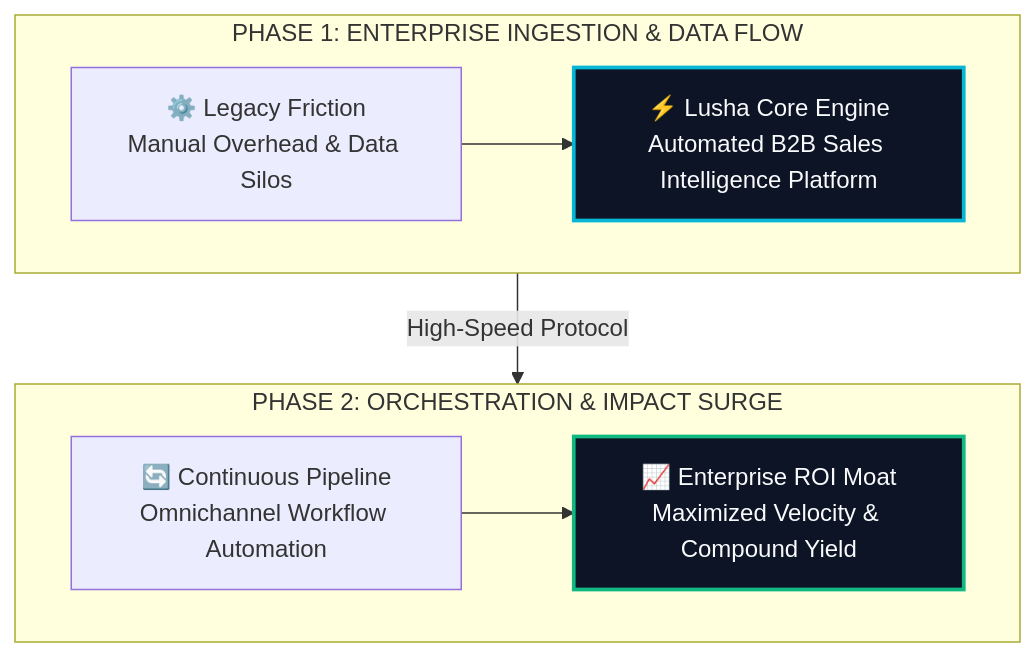
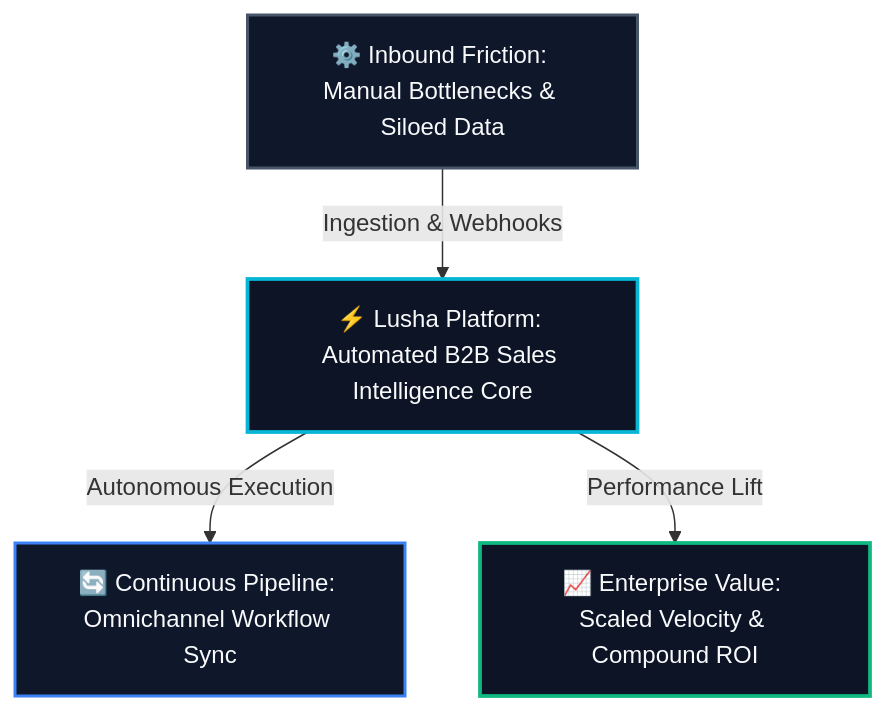
Before and after one commit to heliatech-media/saas-radar: the diagram in site/src/content/blog/lusha-evolution-guide-2026.md, drawn with Mermaid. The commit also changed 93 other files, not shown here.

First line of the commit message:
fix(diagrams): resolve dagre-d3 subgraph collision by migrating to balanced 3-tier Hub & Spoke architecture

````diff
--- a/site/src/content/blog/lusha-evolution-guide-2026.md
+++ b/site/src/content/blog/lusha-evolution-guide-2026.md
@@ -64,14 +64,14 @@
 ```mermaid
 flowchart TD
-    subgraph S1["PHASE 1: ENTERPRISE INGESTION & DATA FLOW"]
-        direction LR
-        A["⚙️ Legacy Friction<br/>Manual Overhead & Data Silos"] --> B["⚡ Lusha Core Engine<br/>Automated B2B Sales Intelligence Platform"]
-    end
-    subgraph S2["PHASE 2: ORCHESTRATION & IMPACT SURGE"]
-        direction LR
-        C["🔄 Continuous Pipeline<br/>Omnichannel Workflow Automation"] --> D["📈 Enterprise ROI Moat<br/>Maximized Velocity & Compound Yield"]
-    end
-    S1 -->|High-Speed Protocol| S2
-    style B fill:#0c1425,stroke:#06b6d4,stroke-width:2.5px,color:#f8fafc
-    style D fill:#0c1425,stroke:#10b981,stroke-width:2.5px,color:#f8fafc
+    Inp["⚙️ Inbound Friction: Manual Bottlenecks & Siloed Data"]
+    Eng["⚡ Lusha Platform: Automated B2B Sales Intelligence Core"]
+    Out1["🔄 Continuous Pipeline: Omnichannel Workflow Sync"]
+    Out2["📈 Enterprise Value: Scaled Velocity & Compound ROI"]
+    Inp -->|Ingestion & Webhooks| Eng
+    Eng -->|Autonomous Execution| Out1
+    Eng -->|Performance Lift| Out2
+    style Inp fill:#0f172a,stroke:#475569,stroke-width:2px,color:#f8fafc
+    style Eng fill:#0c1425,stroke:#06b6d4,stroke-width:2.5px,color:#f8fafc
+    style Out1 fill:#0f172a,stroke:#3b82f6,stroke-width:2px,color:#f8fafc
+    style Out2 fill:#0c1425,stroke:#10b981,stroke-width:2.5px,color:#f8fafc
 ```
````
